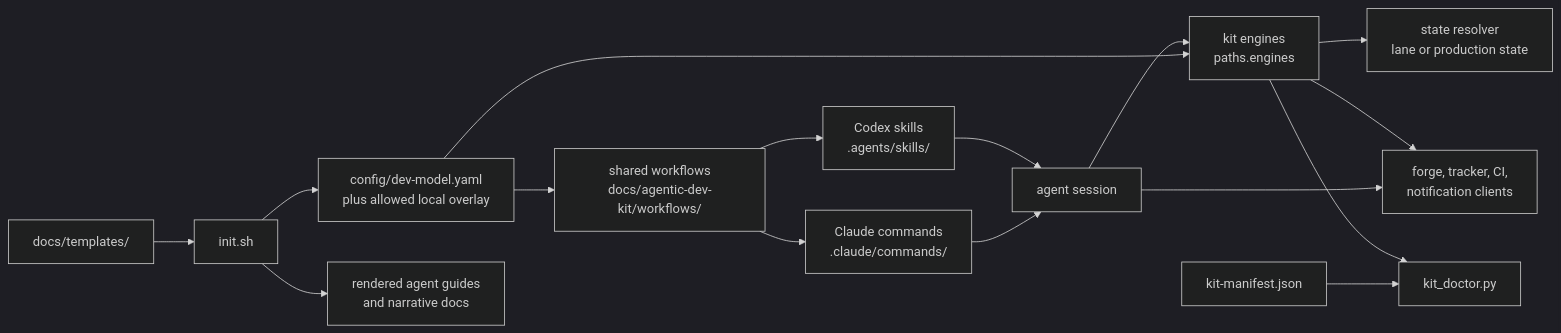
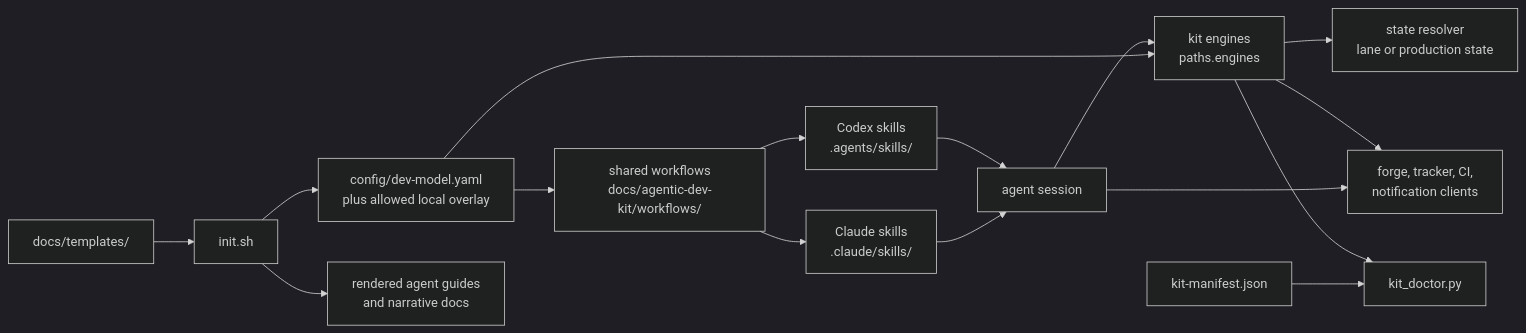
Before and after one commit to topij/agentic-dev-kit: the first of 4 diagrams in docs/architecture.md, drawn with Mermaid (dark theme). The commit also changed other lines of this file and 25 other files, not shown here.

First line of the commit message:
feat: bind Claude workflows as skills and make three workflows explicit-only

````diff
--- a/docs/architecture.md
+++ b/docs/architecture.md
@@ -11,18 +11,18 @@
 ```mermaid
 flowchart LR
     Config["config/dev-model.yaml<br/>plus allowed local overlay"] --> Workflows["shared workflows<br/>docs/agentic-dev-kit/workflows/"]
     Config --> Engines["kit engines<br/>paths.engines"]
-    Workflows --> Claude["Claude commands<br/>.claude/commands/"]
+    Workflows --> Claude["Claude skills<br/>.claude/skills/"]
     Workflows --> Codex["Codex skills<br/>.agents/skills/"]
     Claude --> Agent["agent session"]
     Codex --> Agent
     Agent --> Engines
     Engines --> State["state resolver<br/>lane or production state"]
     Agent --> Forge["forge, tracker, CI,<br/>notification clients"]
     Engines --> Forge
     Templates["docs/templates/"] --> Init["init.sh"]
     Init --> Config
     Init --> Rendered["rendered agent guides<br/>and narrative docs"]
     Manifest["kit-manifest.json"] --> Doctor["kit_doctor.py"]
     Engines --> Doctor
 ```
````
